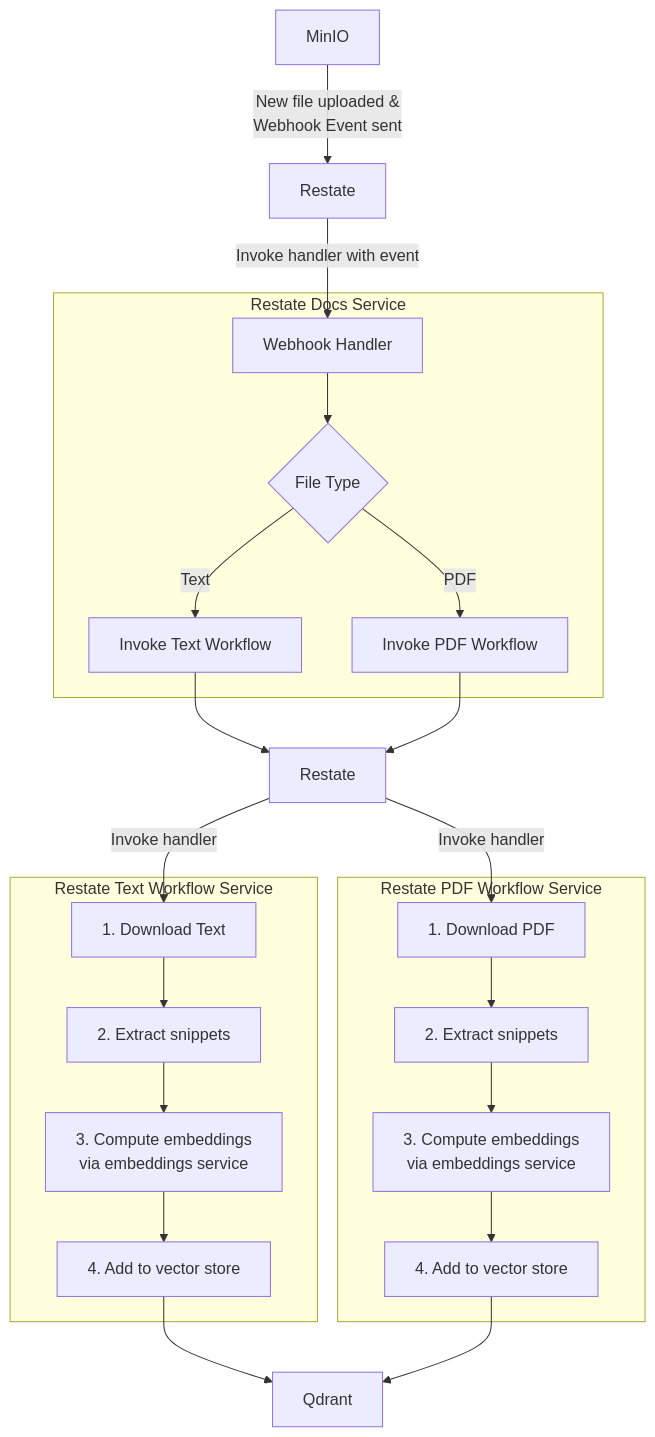
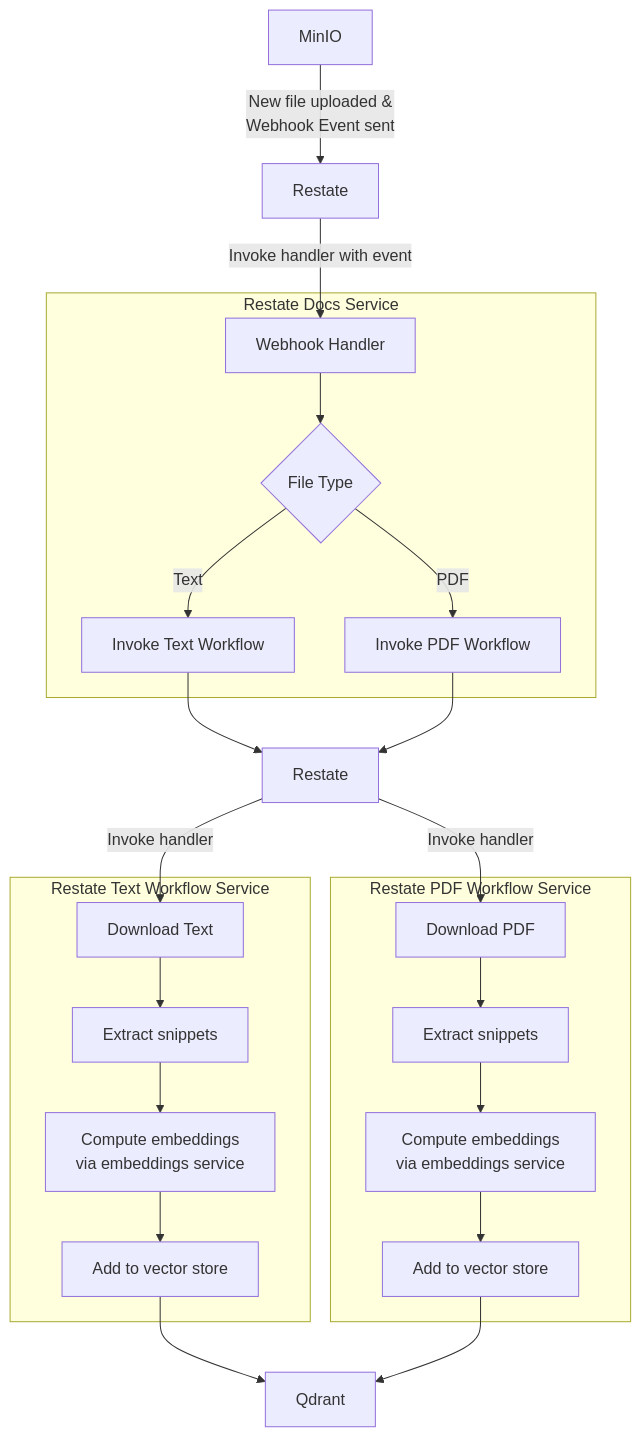
Before and after one commit to restatedev/examples: the diagram in python/end-to-end-applications/rag-ingestion/README.md, drawn with Mermaid.

Commit message:
Improve rag readme

````diff
--- a/python/end-to-end-applications/rag-ingestion/README.md
+++ b/python/end-to-end-applications/rag-ingestion/README.md
@@ -16,28 +16,28 @@
 ```mermaid
 graph TD
     A[MinIO] -->|New file uploaded &\n Webhook Event sent| B[Restate]
     B -->|Invoke handler with event| C[Webhook Handler]
     subgraph "Restate Docs Service"
     C --> D{File Type}
     D -->|Text| E[Invoke Text Workflow]
     D -->|PDF| F[Invoke PDF Workflow]
     end
     E --> G[Restate]
     F --> G[Restate]
-    G -->|Invoke handler| I[1. Download Text]
-    G -->|Invoke handler| M[1. Download PDF]
+    G -->|Invoke handler| I[Download Text]
+    G -->|Invoke handler| M[Download PDF]
     subgraph "Restate Text Workflow Service"
-    I --> J[2. Extract snippets]
-    J --> K[3. Compute embeddings \n via embeddings service]
-    K --> L[4. Add to vector store]
+    I --> J[Extract snippets]
+    J --> K[Compute embeddings \n via embeddings service]
+    K --> L[Add to vector store]
     end
     subgraph "Restate PDF Workflow Service"
-    M --> N[2. Extract snippets]
-    N --> O[3. Compute embeddings \n via embeddings service]
-    O --> P[4. Add to vector store]
+    M --> N[Extract snippets]
+    N --> O[Compute embeddings \n via embeddings service]
+    O --> P[Add to vector store]
     end
     L --> Q[Qdrant]
     P --> Q
 
 
 ```
````
